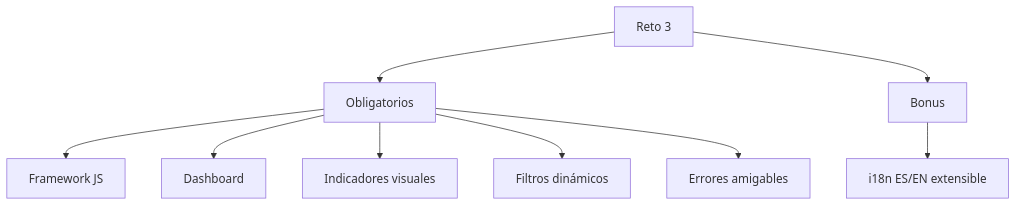
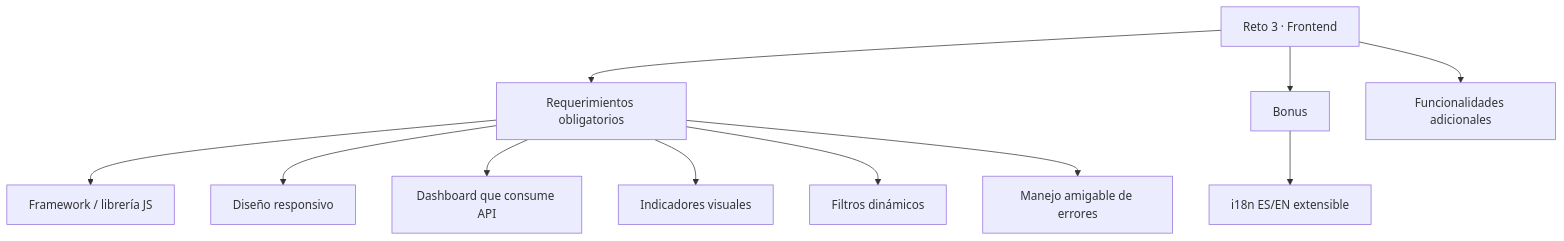
One commit to lisudea/technical-test-2026-2 changed the first of 15 diagrams in README.md. Above: the diagram before and after it, drawn with Mermaid. The commit also changed other lines of this file, not shown here.

Commit message:
docs(frontend): finalize Reto 3 technical documentation

````diff
--- a/README.md
+++ b/README.md
@@ -113,11 +112,14 @@
 ```mermaid
 flowchart TB
-  R[Reto 3] --> O[Obligatorios]
+  R[Reto 3 · Frontend] --> O[Requerimientos obligatorios]
   R --> B[Bonus]
-  O --> F[Framework JS]
-  O --> D[Dashboard]
+  R --> X[Funcionalidades adicionales]
+
+  O --> F[Framework / librería JS]
+  O --> RS[Diseño responsivo]
+  O --> D[Dashboard que consume API]
   O --> V[Indicadores visuales]
   O --> Fi[Filtros dinámicos]
-  O --> E[Errores amigables]
+  O --> E[Manejo amigable de errores]
   B --> I[i18n ES/EN extensible]
 ```
````
